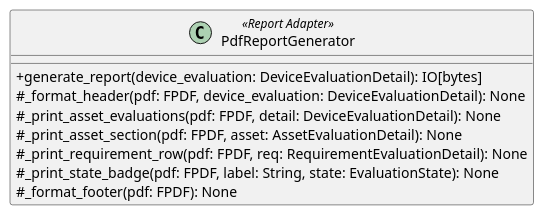
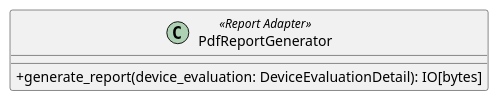
Before and after one commit to GroupRubberDuck/Documentazione: the diagram in src/PB/DocumentazioneEsterna/Specifica_Tecnica/content/05-diagrammi-classi/uml/puml/Backend/OutboundAdapters/PdfReportGeneratorAdapter.puml, drawn with PlantUML. The commit also changed 70 other files, not shown here.

```diff
--- a/src/PB/DocumentazioneEsterna/Specifica_Tecnica/content/05-diagrammi-classi/uml/puml/Backend/OutboundAdapters/PdfReportGeneratorAdapter.puml
+++ b/src/PB/DocumentazioneEsterna/Specifica_Tecnica/content/05-diagrammi-classi/uml/puml/Backend/OutboundAdapters/PdfReportGeneratorAdapter.puml
@@ -1,12 +1,6 @@
 @startuml PdfReportGeneratorAdapter
 skinparam classAttributeIconSize 0
 class PdfReportGenerator <<Report Adapter>> {
         + generate_report(device_evaluation: DeviceEvaluationDetail): IO[bytes]
-        # _format_header(pdf: FPDF, device_evaluation: DeviceEvaluationDetail): None
-        # _print_asset_evaluations(pdf: FPDF, detail: DeviceEvaluationDetail): None
-        # _print_asset_section(pdf: FPDF, asset: AssetEvaluationDetail): None
-        # _print_requirement_row(pdf: FPDF, req: RequirementEvaluationDetail): None
-        # _print_state_badge(pdf: FPDF, label: String, state: EvaluationState): None
-        # _format_footer(pdf: FPDF): None
     }
 @enduml
```
